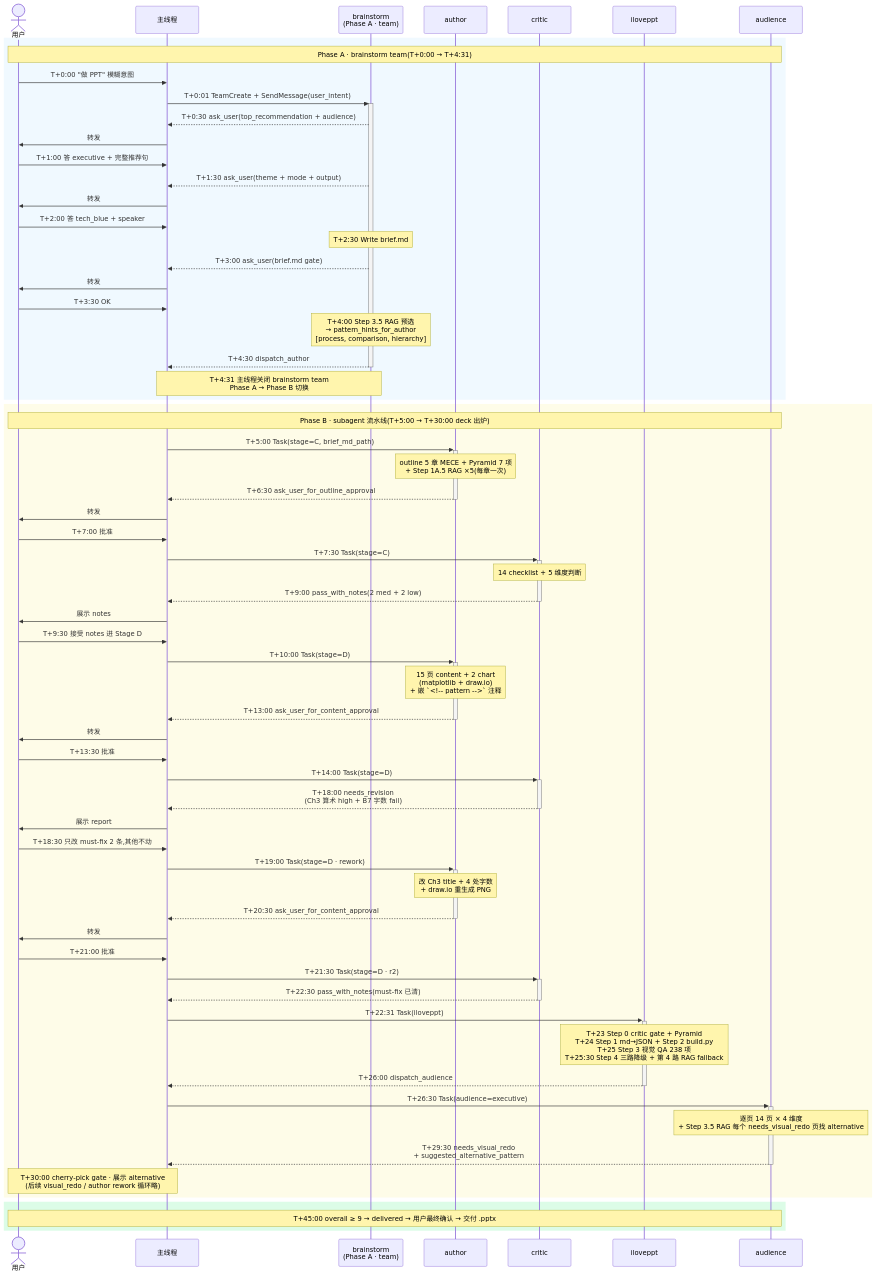
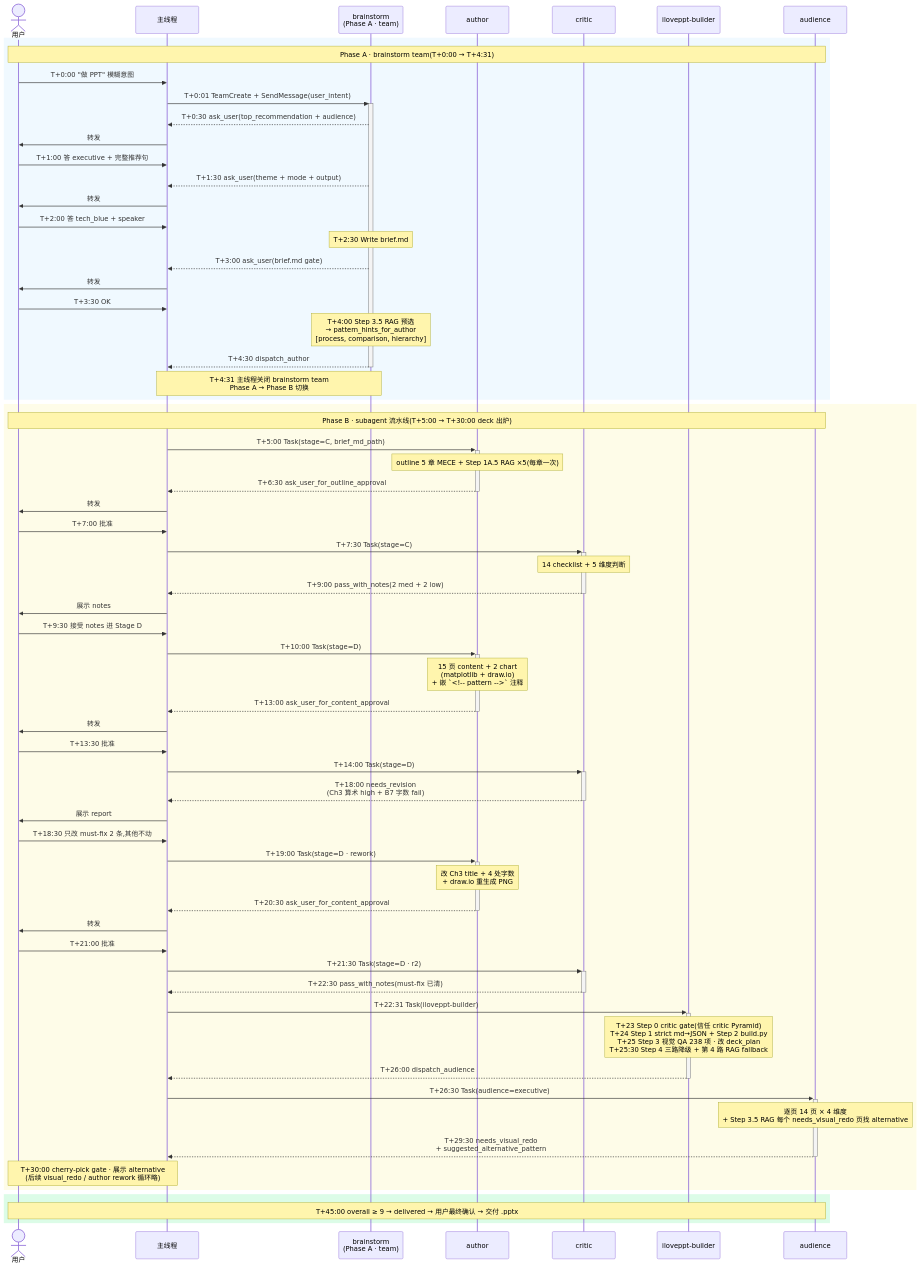
One commit to pcliangx/iLovePPT changed diagram 12 of 12 in docs/agent-internals.zh.md. Above: the diagram before and after it, drawn with Mermaid. The commit also changed other lines of this file and 38 other files, not shown here.

```diff
--- a/docs/agent-internals.zh.md
+++ b/docs/agent-internals.zh.md
@@ -1210,7 +1229,7 @@
     participant B as brainstorm<br/>(Phase A · team)
     participant A as author
     participant C as critic
-    participant I as iloveppt
+    participant I as iloveppt-builder
     participant AU as audience
 
     rect rgb(240, 249, 255)
@@ -1240,7 +1259,7 @@
         Note over U,AU: Phase B · subagent 流水线(T+5:00 → T+30:00 deck 出炉)
 
         M->>+A: T+5:00 Task(stage=C, brief_md_path)
-        Note over A: outline 5 章 MECE + Pyramid 7 项<br/>+ Step 1A.5 RAG ×5(每章一次)
+        Note over A: outline 5 章 MECE + Step 1A.5 RAG ×5(每章一次)
         A-->>-M: T+6:30 ask_user_for_outline_approval
         M->>U: 转发
         U->>M: T+7:00 批准
@@ -1271,8 +1290,8 @@
         M->>+C: T+21:30 Task(stage=D · r2)
         C-->>-M: T+22:30 pass_with_notes(must-fix 已清)
 
-        M->>+I: T+22:31 Task(iloveppt)
-        Note over I: T+23 Step 0 critic gate + Pyramid<br/>T+24 Step 1 md→JSON + Step 2 build.py<br/>T+25 Step 3 视觉 QA 238 项<br/>T+25:30 Step 4 三路降级 + 第 4 路 RAG fallback
+        M->>+I: T+22:31 Task(iloveppt-builder)
+        Note over I: T+23 Step 0 critic gate(信任 critic Pyramid)<br/>T+24 Step 1 strict md→JSON + Step 2 build.py<br/>T+25 Step 3 视觉 QA 238 项 · 改 deck_plan<br/>T+25:30 Step 4 三路降级 + 第 4 路 RAG fallback
         I-->>-M: T+26:00 dispatch_audience
 
         M->>+AU: T+26:30 Task(audience=executive)
```
